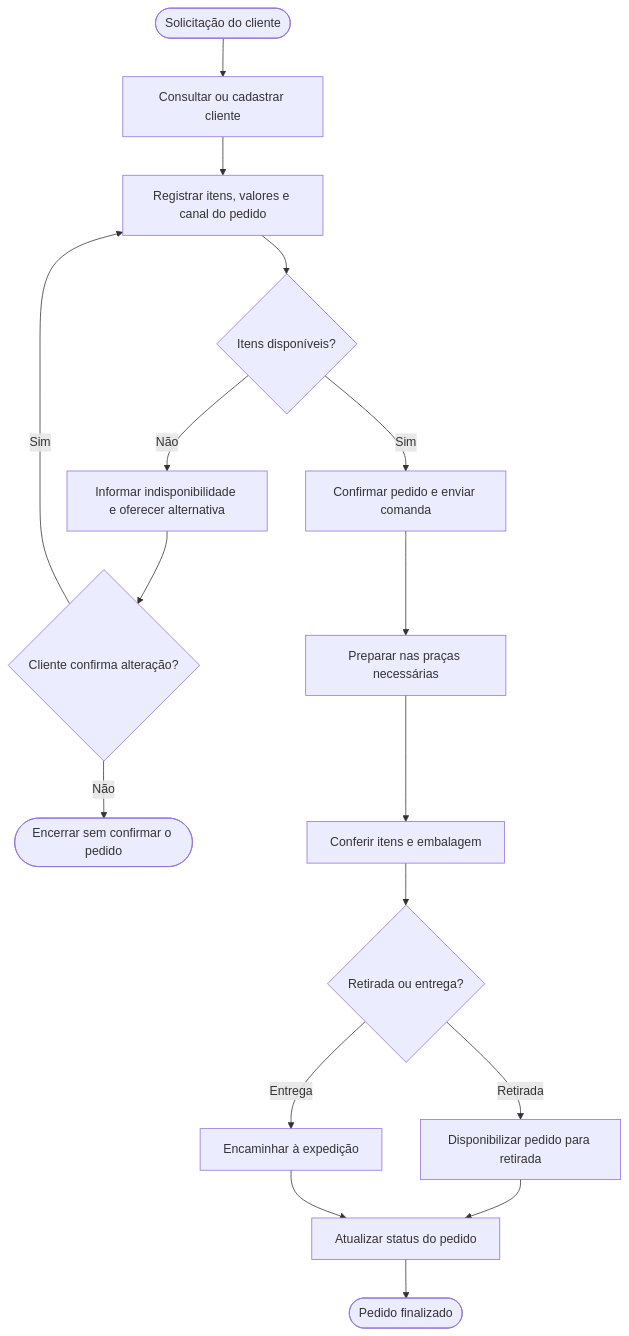
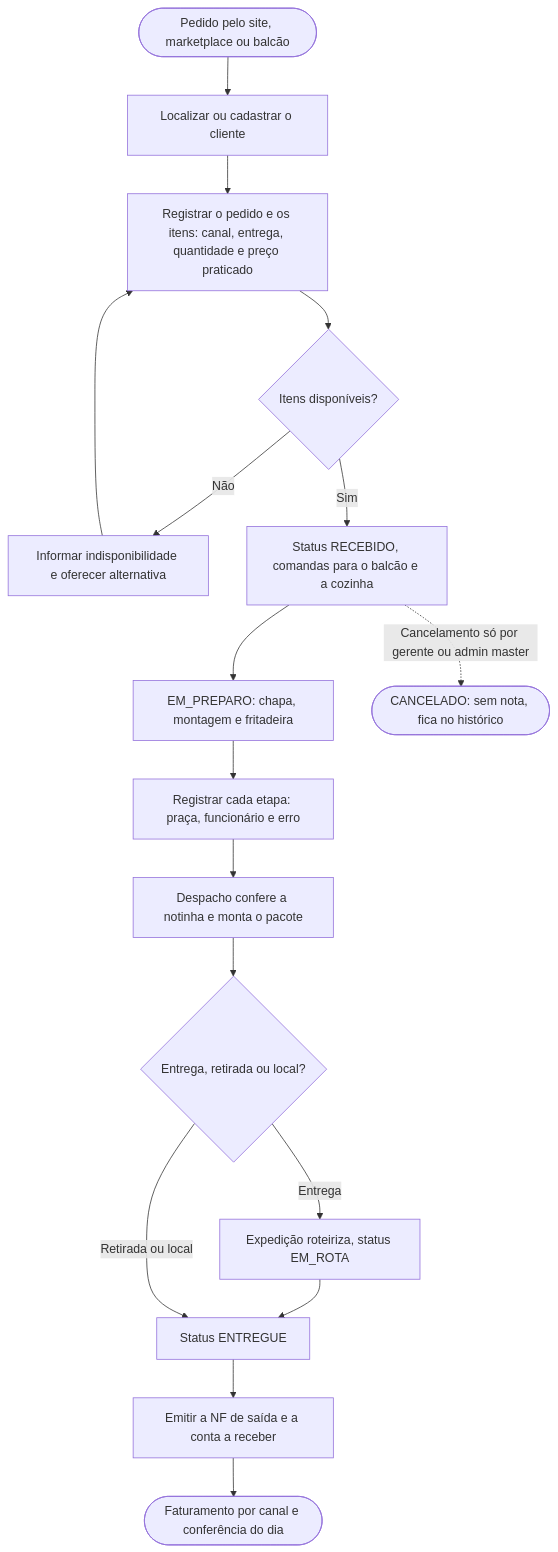
The first of 2 diagrams in README.md (MurilouSilva/vaca-na-faca-modelagem-dados), drawn with Mermaid before and after one commit. The commit also changed other lines of this file, not shown here.

Commit message:
add readme segunda entrega

````diff
--- a/README.md
+++ b/README.md
@@ -77,19 +260,19 @@
 ```mermaid
 flowchart TD
-    A([Solicitação do cliente]) --> B[Consultar ou cadastrar cliente]
-    B --> C[Registrar itens, valores e canal do pedido]
+    A([Pedido pelo site, marketplace ou balcão]) --> B[Localizar ou cadastrar o cliente]
+    B --> C[Registrar o pedido e os itens: canal, entrega, quantidade e preço praticado]
     C --> D{Itens disponíveis?}
     D -- Não --> E[Informar indisponibilidade e oferecer alternativa]
-    E --> F{Cliente confirma alteração?}
-    F -- Sim --> C
-    F -- Não --> G([Encerrar sem confirmar o pedido])
-    D -- Sim --> H[Confirmar pedido e enviar comanda]
-    H --> I[Preparar nas praças necessárias]
-    I --> J[Conferir itens e embalagem]
-    J --> K{Retirada ou entrega?}
-    K -- Retirada --> L[Disponibilizar pedido para retirada]
-    K -- Entrega --> M[Encaminhar à expedição]
-    L --> N[Atualizar status do pedido]
-    M --> N
-    N --> O([Pedido finalizado])
+    E --> C
+    D -- Sim --> F[Status RECEBIDO, comandas para o balcão e a cozinha]
+    F --> G[EM_PREPARO: chapa, montagem e fritadeira]
+    G --> H[Registrar cada etapa: praça, funcionário e erro]
+    H --> I[Despacho confere a notinha e monta o pacote]
+    I --> J{Entrega, retirada ou local?}
+    J -- Entrega --> K[Expedição roteiriza, status EM_ROTA]
+    K --> L[Status ENTREGUE]
+    J -- Retirada ou local --> L
+    L --> M[Emitir a NF de saída e a conta a receber]
+    M --> N([Faturamento por canal e conferência do dia])
+    F -. Cancelamento só por gerente ou admin master .-> X([CANCELADO: sem nota, fica no histórico])
 ```
````
